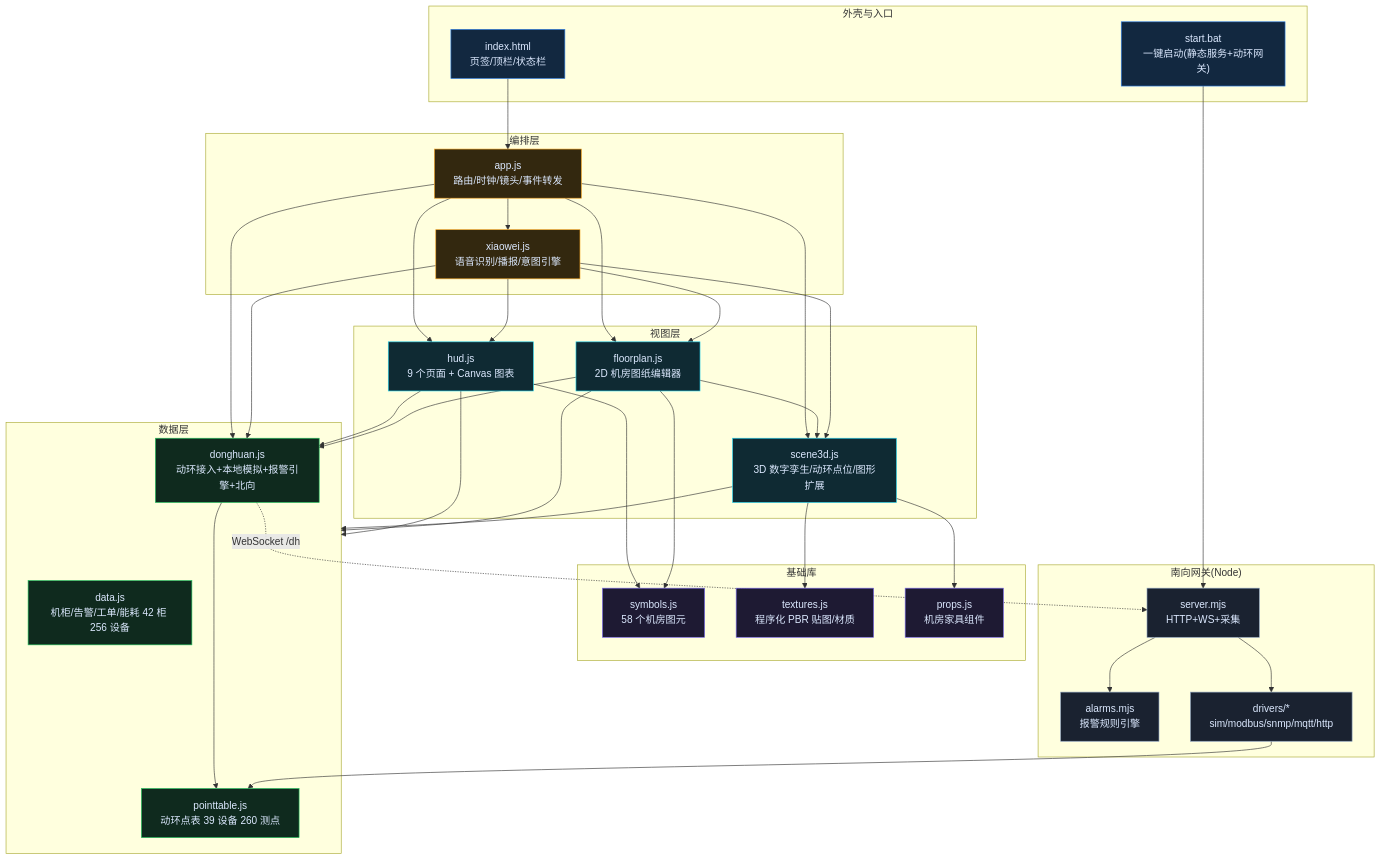
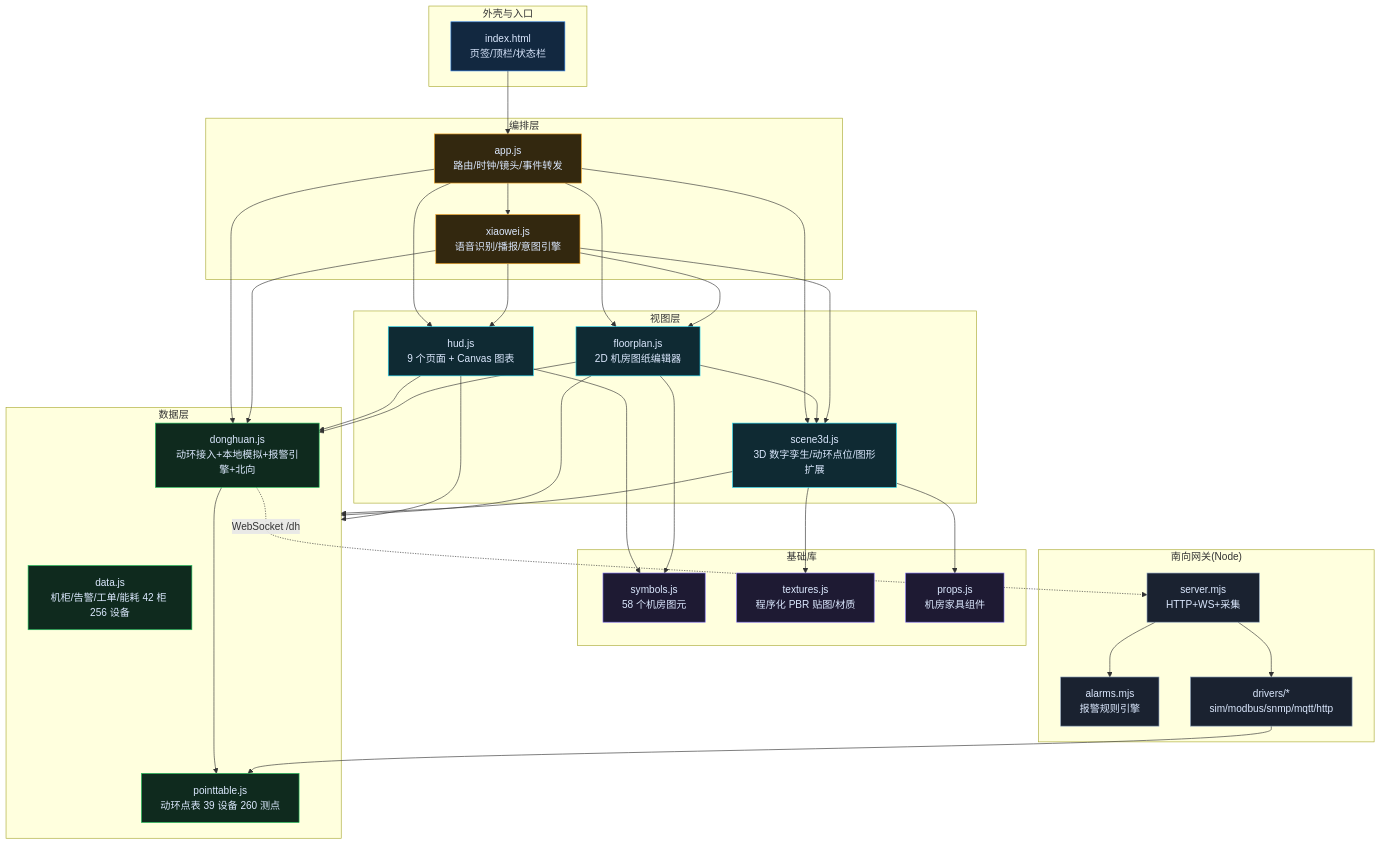
Before and after one commit to 99kevindk/idc-visual-ops: the first of 6 diagrams in docs/项目图谱.md, drawn with Mermaid. The commit also changed other lines of this file and 20 other files, not shown here.

````diff
--- a/docs/项目图谱.md
+++ b/docs/项目图谱.md
@@ -8,48 +8,46 @@
 ```mermaid
 flowchart TB
   subgraph SHELL["外壳与入口"]
     IDX["index.html<br/>页签/顶栏/状态栏"]:::shell
-    BAT["start.bat<br/>一键启动(静态服务+动环网关)"]:::shell
   end
   subgraph DATA["数据层"]
     DATAJS["data.js<br/>机柜/告警/工单/能耗 42 柜 256 设备"]:::data
     PT["pointtable.js<br/>动环点表 39 设备 260 测点"]:::data
     DH["donghuan.js<br/>动环接入+本地模拟+报警引擎+北向"]:::data
   end
   subgraph LIB["基础库"]
     SYM["symbols.js<br/>58 个机房图元"]:::lib
     TEX["textures.js<br/>程序化 PBR 贴图/材质"]:::lib
     PRP["props.js<br/>机房家具组件"]:::lib
   end
   subgraph VIEW["视图层"]
     SCENE["scene3d.js<br/>3D 数字孪生/动环点位/图形扩展"]:::view
     HUD["hud.js<br/>9 个页面 + Canvas 图表"]:::view
     PLAN["floorplan.js<br/>2D 机房图纸编辑器"]:::view
   end
   subgraph LOGIC["编排层"]
     APP["app.js<br/>路由/时钟/镜头/事件转发"]:::logic
     XW["xiaowei.js<br/>语音识别/播报/意图引擎"]:::logic
   end
   subgraph GW["南向网关(Node)"]
     SRV["server.mjs<br/>HTTP+WS+采集"]:::tool
     ALM["alarms.mjs<br/>报警规则引擎"]:::tool
     DRV["drivers/*<br/>sim/modbus/snmp/mqtt/http"]:::tool
   end
   IDX --> APP
-  BAT --> SRV
   APP --> SCENE & HUD & PLAN & XW & DH
   HUD --> DATA & DH & SYM
   PLAN --> SYM & DATA & DH & SCENE
   SCENE --> TEX & PRP & DATA
   XW --> DH & PLAN & SCENE & HUD
   DH --> PT
   DRV --> PT
   SRV --> DRV & ALM
   DH -. "WebSocket /dh" .-> SRV
   classDef shell fill:#122840,stroke:#2f7fe8,color:#dce9ff
   classDef data fill:#0f2a1e,stroke:#22c55e,color:#dce9ff
   classDef lib fill:#1e1a33,stroke:#7c6cf0,color:#dce9ff
   classDef view fill:#0f2a33,stroke:#22d3ee,color:#dce9ff
   classDef logic fill:#33280f,stroke:#f5a524,color:#dce9ff
   classDef tool fill:#1a2230,stroke:#8aa0bd,color:#dce9ff
 ```
````
